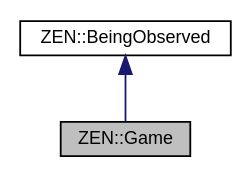
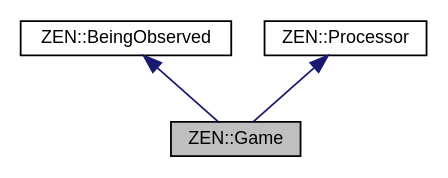
The diagram in classZEN_1_1Game__inherit__graph.dot (markhj/zeronetics), drawn with Graphviz before and after one commit. The commit also changed 208 other files, not shown here.

```diff
--- a/classZEN_1_1Game__inherit__graph.dot
+++ b/classZEN_1_1Game__inherit__graph.dot
@@ -1,9 +1,11 @@
 digraph "ZEN::Game"
 {
  // LATEX_PDF_SIZE
   edge [fontname="Helvetica",fontsize="10",labelfontname="Helvetica",labelfontsize="10"];
   node [fontname="Helvetica",fontsize="10",shape=record];
   Node1 [label="ZEN::Game",height=0.2,width=0.4,color="black", fillcolor="grey75", style="filled", fontcolor="black",tooltip=" "];
   Node2 -> Node1 [dir="back",color="midnightblue",fontsize="10",style="solid",fontname="Helvetica"];
   Node2 [label="ZEN::BeingObserved",height=0.2,width=0.4,color="black", fillcolor="white", style="filled",URL="$classZEN_1_1BeingObserved.html",tooltip=" "];
+  Node3 -> Node1 [dir="back",color="midnightblue",fontsize="10",style="solid",fontname="Helvetica"];
+  Node3 [label="ZEN::Processor",height=0.2,width=0.4,color="black", fillcolor="white", style="filled",URL="$classZEN_1_1Processor.html",tooltip=" "];
 }
```
